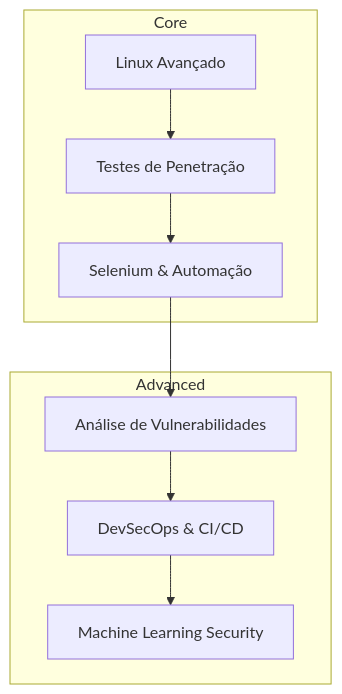
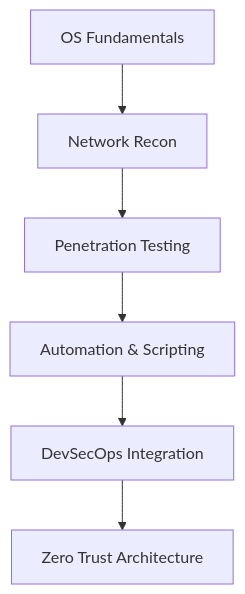
The diagram in README.md (CleversonHenriquefg/Henrique_Ferreira), drawn with Mermaid before and after one commit. The commit also changed other lines of this file, not shown here.

````diff
--- a/README.md
+++ b/README.md
@@ -71,12 +75,8 @@
 ```mermaid
 flowchart TB
-  subgraph Core
-    A[Linux Avançado] --> B[Testes de Penetração]
-    B --> C[Selenium & Automação]
-  end
-  subgraph Advanced
-    C --> D[Análise de Vulnerabilidades]
-    D --> E[DevSecOps & CI/CD]
-    E --> F[Machine Learning Security]
-  end
+  A[OS Fundamentals] --> B[Network Recon]
+  B --> C[Penetration Testing]
+  C --> D[Automation & Scripting]
+  D --> E[DevSecOps Integration]
+  E --> F[Zero Trust Architecture]
 ```
````
